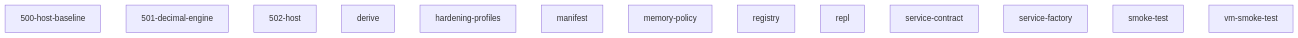
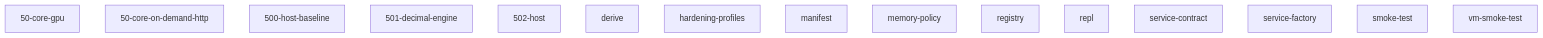
One commit to grapefruit89/mediNix-core changed the diagram in 50-core/AGENTS.md. Above: the diagram before and after it, drawn with Mermaid. The commit also changed other lines of this file and 6 other files, not shown here.

Commit message:
feat(core): rescue gpu & on-demand-http gold nuggets, import unraid arr profiles

````diff
--- a/50-core/AGENTS.md
+++ b/50-core/AGENTS.md
@@ -94,16 +96,18 @@
 ```mermaid
 graph TD
+  50_core_gpu["50-core-gpu"]
+  50_core_on_demand_http["50-core-on-demand-http"]
   500_host_baseline["500-host-baseline"]
   501_decimal_engine["501-decimal-engine"]
   502_host["502-host"]
   derive["derive"]
   hardening_profiles["hardening-profiles"]
   manifest["manifest"]
   memory_policy["memory-policy"]
   registry["registry"]
   repl["repl"]
   service_contract["service-contract"]
   service_factory["service-factory"]
   smoke_test["smoke-test"]
   vm_smoke_test["vm-smoke-test"]
 ```
````
